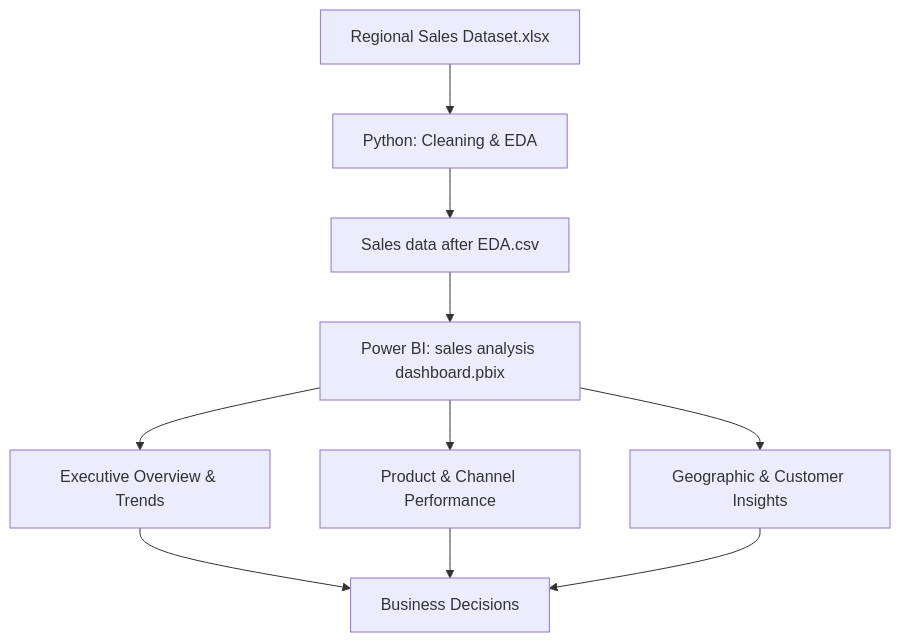
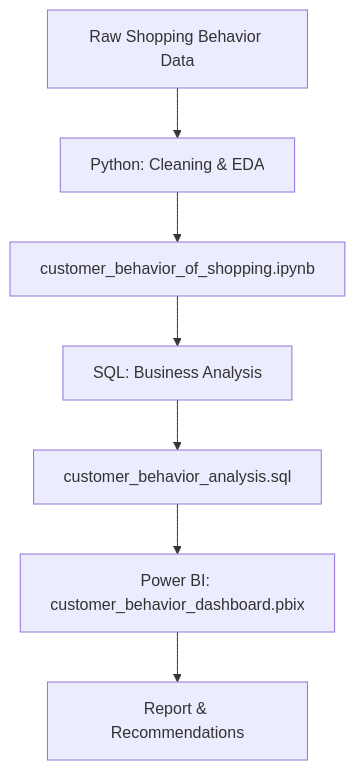
One commit to faizan171103/sales_analytics changed the diagram in README.md. Above: the diagram before and after it, drawn with Mermaid. The commit also changed other lines of this file, not shown here.

````diff
--- a/README.md
+++ b/README.md
@@ -30,12 +28,9 @@
 ```mermaid
 flowchart TD
-    A[Regional Sales Dataset.xlsx] --> B[Python: Cleaning & EDA]
-    B --> C[Sales data after EDA.csv]
-    C --> D[Power BI: sales analysis dashboard.pbix]
-    D --> E[Executive Overview & Trends]
-    D --> F[Product & Channel Performance]
-    D --> G[Geographic & Customer Insights]
-    E --> H[Business Decisions]
-    F --> H
-    G --> H
+    A[Raw Shopping Behavior Data] --> B[Python: Cleaning & EDA]
+    B --> C[customer_behavior_of_shopping.ipynb]
+    C --> D[SQL: Business Analysis]
+    D --> E[customer_behavior_analysis.sql]
+    E --> F[Power BI: customer_behavior_dashboard.pbix]
+    F --> G[Report & Recommendations]
 ```
````
